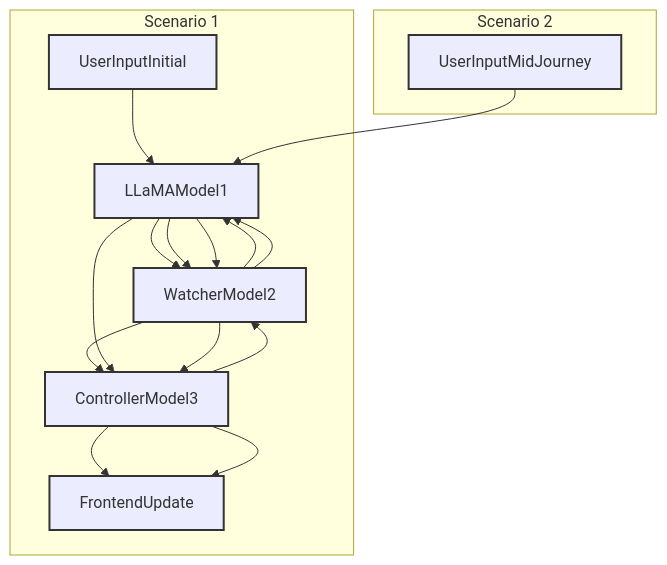
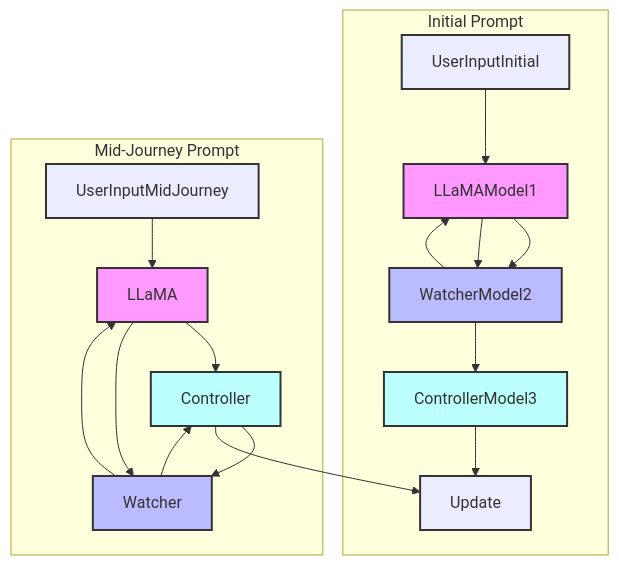
One commit to gitYourbits/LUCI changed the diagram in README.md. Above: the diagram before and after it, drawn with Mermaid.

````diff
--- a/README.md
+++ b/README.md
@@ -67,29 +67,36 @@
 ```mermaid
 graph TD
-    subgraph Scenario1 [Scenario 1]
+    subgraph Scenario1 [Initial Prompt]
         UserInputInitial --> LLaMAModel1
         LLaMAModel1 --> WatcherModel2
         WatcherModel2 --> LLaMAModel1
         LLaMAModel1 --> WatcherModel2
         WatcherModel2 --> ControllerModel3
-        ControllerModel3 --> FrontendUpdate
+        ControllerModel3 --> Update
     end
 
-    subgraph Scenario2 [Scenario 2]
-        UserInputMidJourney --> LLaMAModel1
-        LLaMAModel1 --> ControllerModel3
-        ControllerModel3 --> WatcherModel2
-        WatcherModel2 --> LLaMAModel1
-        LLaMAModel1 --> WatcherModel2
-        WatcherModel2 --> ControllerModel3
-        ControllerModel3 --> FrontendUpdate
+    subgraph Scenario2 [Mid-Journey Prompt]
+        UserInputMidJourney --> LLaMA
+        LLaMA --> Controller
+        Controller --> Watcher
+        Watcher --> LLaMA
+        LLaMA --> Watcher
+        Watcher --> Controller
+        Controller --> Update
     end
 
     classDef startStyle stroke:#333,stroke-width:2px;
     class UserInputInitial,UserInputMidJourney startStyle;
-    classDef processStyle stroke:#333,stroke-width:2px;
-    class LLaMAModel1,WatcherModel2,ControllerModel3 processStyle;
+
+    classDef llamaStyle fill:#f9f,stroke:#333,stroke-width:2px;
+    class LLaMAModel1,LLaMA llamaStyle;
+
+    classDef watcherStyle fill:#bbf,stroke:#333,stroke-width:2px;
+    class WatcherModel2,Watcher watcherStyle;
+
+    classDef controllerStyle fill:#bff,stroke:#333,stroke-width:2px;
+    class ControllerModel3,Controller controllerStyle;
+
     classDef endStyle stroke:#333,stroke-width:2px;
-    class FrontendUpdate endStyle;
-
+    class Update endStyle;
 ```
````
